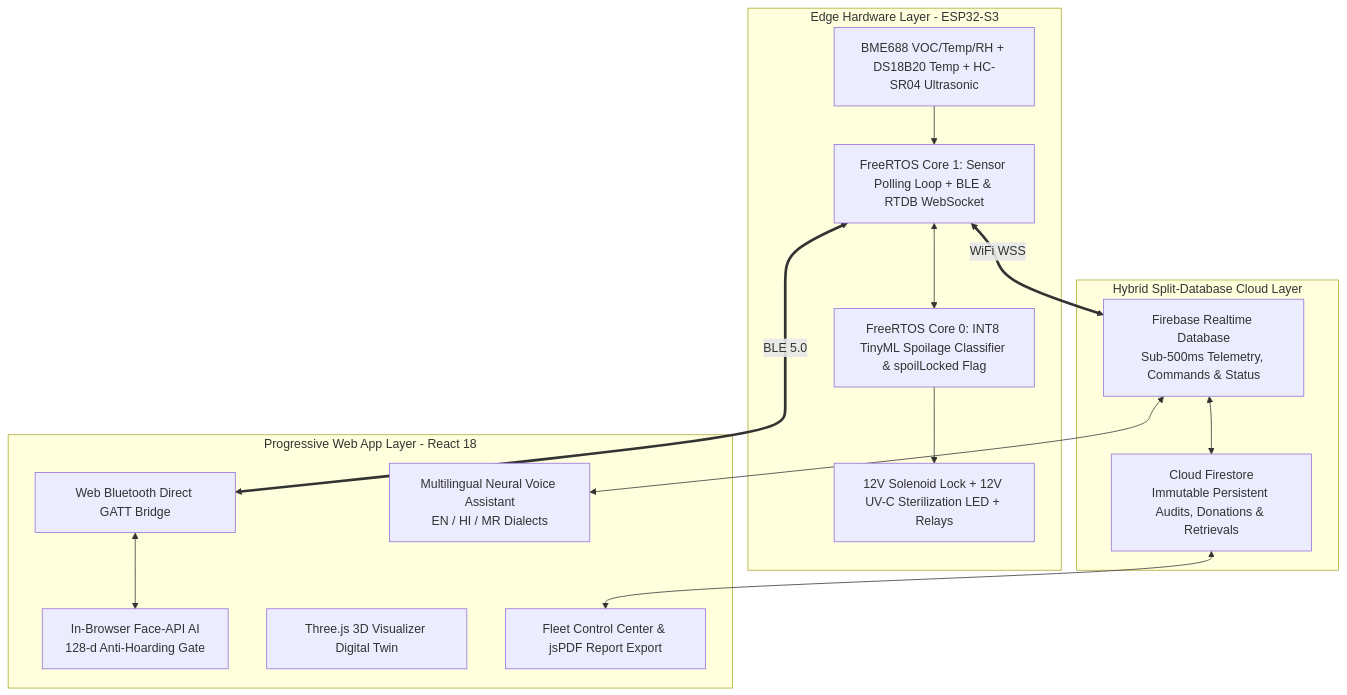
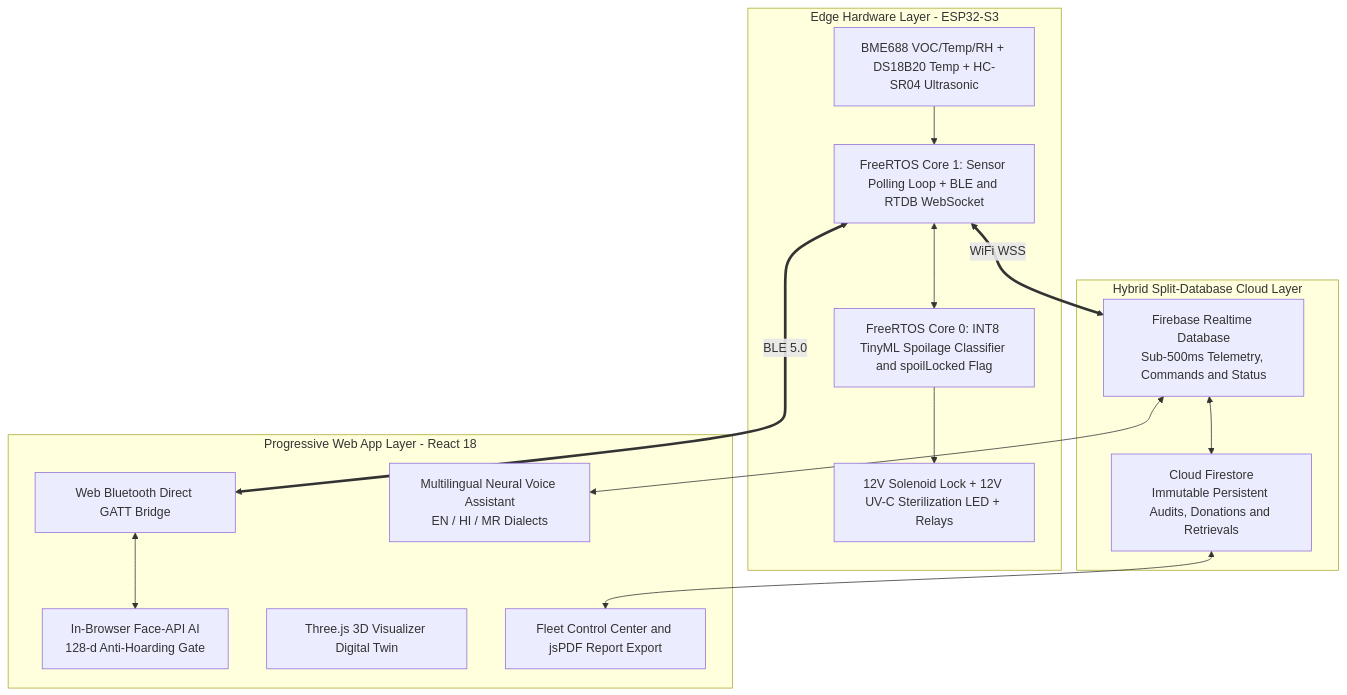
Before and after one commit to TamboliSara/ASEP2-PWA-2.0: the diagram in README.md, drawn with Mermaid. The commit also changed 5 other files, not shown here.

Commit message:
fix(docs): quote all mermaid labels and sanitize syntax for GitHub markdown renderer

````diff
--- a/README.md
+++ b/README.md
@@ -44,34 +44,34 @@
 ```mermaid
 graph TB
-    subgraph Hardware [Edge Hardware Layer - ESP32-S3]
-        Sensors[BME688 VOC/Temp/RH + DS18B20 Temp + HC-SR04 Ultrasonic]
-        Core0[FreeRTOS Core 0: INT8 TinyML Spoilage Classifier & spoilLocked Flag]
-        Core1[FreeRTOS Core 1: Sensor Polling Loop + BLE & RTDB WebSocket]
-        Actuators[12V Solenoid Lock + 12V UV-C Sterilization LED + Relays]
+    subgraph Hardware ["Edge Hardware Layer - ESP32-S3"]
+        Sensors["BME688 VOC/Temp/RH + DS18B20 Temp + HC-SR04 Ultrasonic"]
+        Core0["FreeRTOS Core 0: INT8 TinyML Spoilage Classifier and spoilLocked Flag"]
+        Core1["FreeRTOS Core 1: Sensor Polling Loop + BLE and RTDB WebSocket"]
+        Actuators["12V Solenoid Lock + 12V UV-C Sterilization LED + Relays"]
         
         Sensors --> Core1
         Core1 <--> Core0
         Core0 --> Actuators
     end
 
-    subgraph Cloud [Hybrid Split-Database Cloud Layer]
-        RTDB[Firebase Realtime Database<br/>Sub-500ms Telemetry, Commands & Status]
-        Firestore[Cloud Firestore<br/>Immutable Persistent Audits, Donations & Retrievals]
+    subgraph Cloud ["Hybrid Split-Database Cloud Layer"]
+        RTDB["Firebase Realtime Database<br/>Sub-500ms Telemetry, Commands and Status"]
+        Firestore["Cloud Firestore<br/>Immutable Persistent Audits, Donations and Retrievals"]
         
         Core1 <== "WiFi WSS" ==> RTDB
         RTDB <--> Firestore
     end
 
-    subgraph PWA [Progressive Web App Layer - React 18]
-        BLE[Web Bluetooth Direct GATT Bridge]
-        FaceAI[In-Browser Face-API AI<br/>128-d Anti-Hoarding Gate]
-        VoiceAI[Multilingual Neural Voice Assistant<br/>EN / HI / MR Dialects]
-        Twin[Three.js 3D Visualizer Digital Twin]
-        Admin[Fleet Control Center & jsPDF Report Export]
+    subgraph PWA ["Progressive Web App Layer - React 18"]
+        BLE["Web Bluetooth Direct GATT Bridge"]
+        FaceAI["In-Browser Face-API AI<br/>128-d Anti-Hoarding Gate"]
+        VoiceAI["Multilingual Neural Voice Assistant<br/>EN / HI / MR Dialects"]
+        Twin["Three.js 3D Visualizer Digital Twin"]
+        Admin["Fleet Control Center and jsPDF Report Export"]
         
         Core1 <== "BLE 5.0" ==> BLE
         BLE <--> FaceAI
         RTDB <--> VoiceAI
         Firestore <--> Admin
     end
 ```
````
